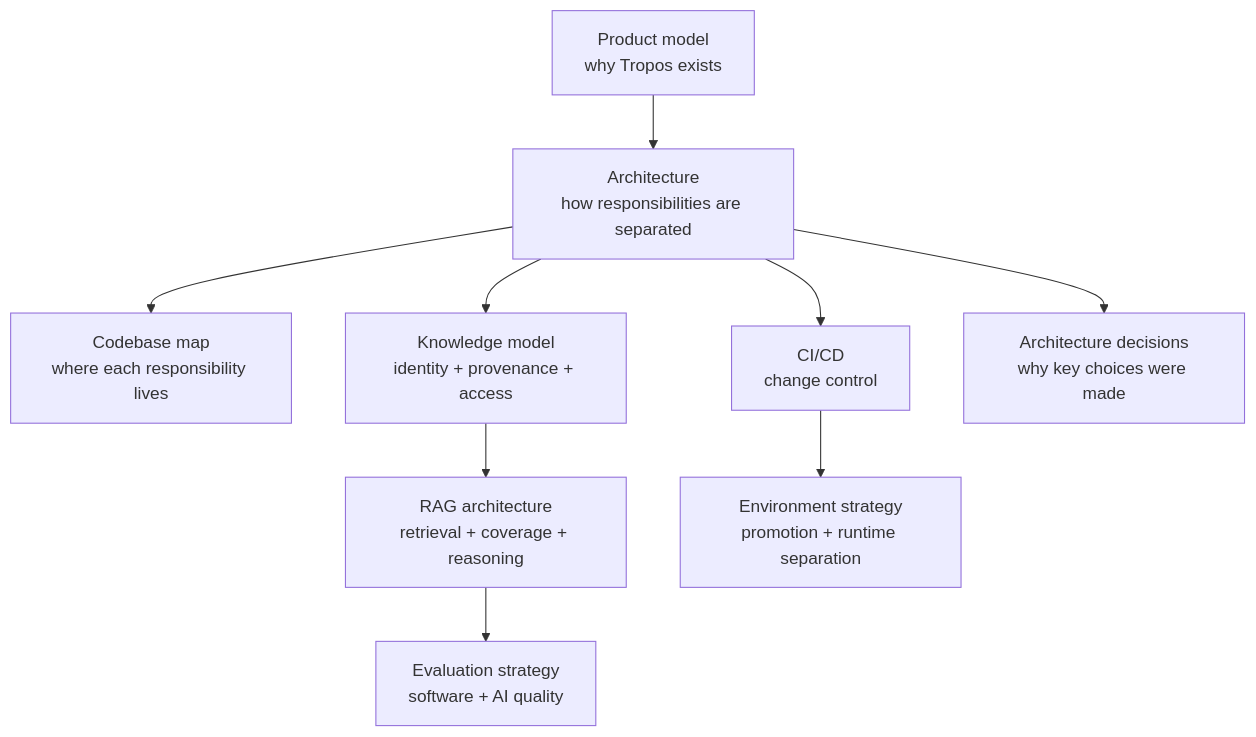
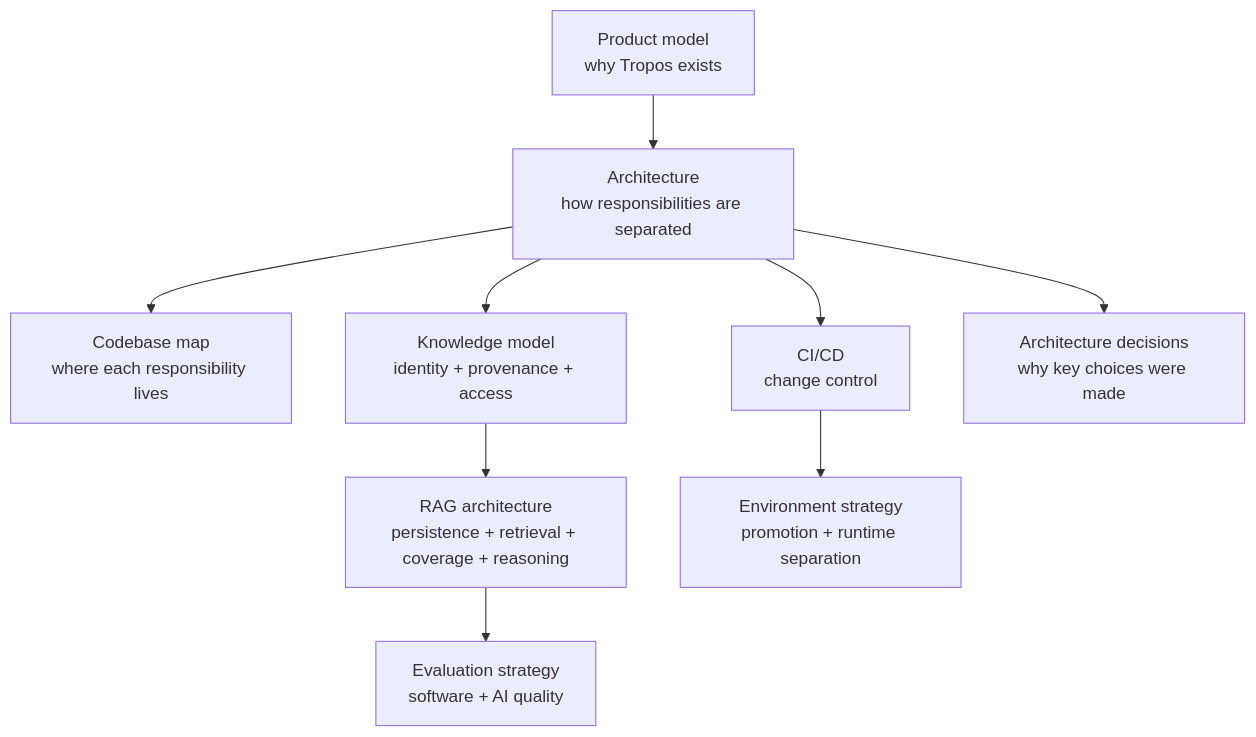
Before and after one commit to kumarchandansingh/tropos: the first of 2 diagrams in docs/README.md, drawn with Mermaid. The commit also changed other lines of this file and 11 other files, not shown here.

````diff
--- a/docs/README.md
+++ b/docs/README.md
@@ -9,21 +9,21 @@
 ```mermaid
 flowchart TB
     Product[Product model<br/>why Tropos exists]
     Arch[Architecture<br/>how responsibilities are separated]
     Code[Codebase map<br/>where each responsibility lives]
     KM[Knowledge model<br/>identity + provenance + access]
-    RAG[RAG architecture<br/>retrieval + coverage + reasoning]
+    RAG[RAG architecture<br/>persistence + retrieval + coverage + reasoning]
     Eval[Evaluation strategy<br/>software + AI quality]
     CICD[CI/CD<br/>change control]
     Env[Environment strategy<br/>promotion + runtime separation]
     ADR[Architecture decisions<br/>why key choices were made]
 
     Product --> Arch
     Arch --> Code
     Arch --> KM
     KM --> RAG
     RAG --> Eval
     Arch --> CICD
     CICD --> Env
     Arch --> ADR
 ```
````
